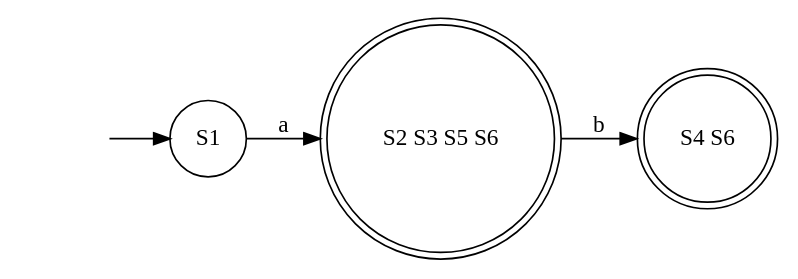
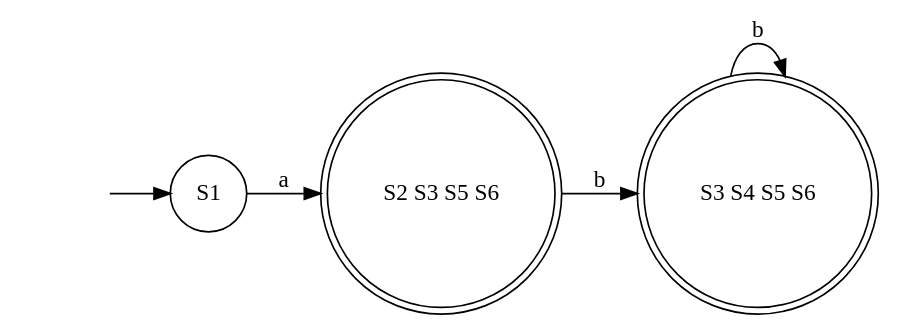
One commit to ZiadSheriif/AutoMajestic changed the diagram in output/dfa/dfa_1.gv. Above: the diagram before and after it, drawn with Graphviz. The commit also changed 13 other files, not shown here.

```diff
--- a/output/dfa/dfa_1.gv
+++ b/output/dfa/dfa_1.gv
@@ -1,10 +1,11 @@
 digraph DFA {
 	"" [shape=none]
 	"" -> S1
 	S1 [shape=circle]
 	S1 -> "S2 S3 S5 S6" [label=a]
 	"S2 S3 S5 S6" [shape=doublecircle]
-	"S2 S3 S5 S6" -> "S4 S6" [label=b]
-	"S4 S6" [shape=doublecircle]
+	"S2 S3 S5 S6" -> "S3 S4 S5 S6" [label=b]
+	"S3 S4 S5 S6" [shape=doublecircle]
+	"S3 S4 S5 S6" -> "S3 S4 S5 S6" [label=b]
 	rankdir=LR
 }
```
